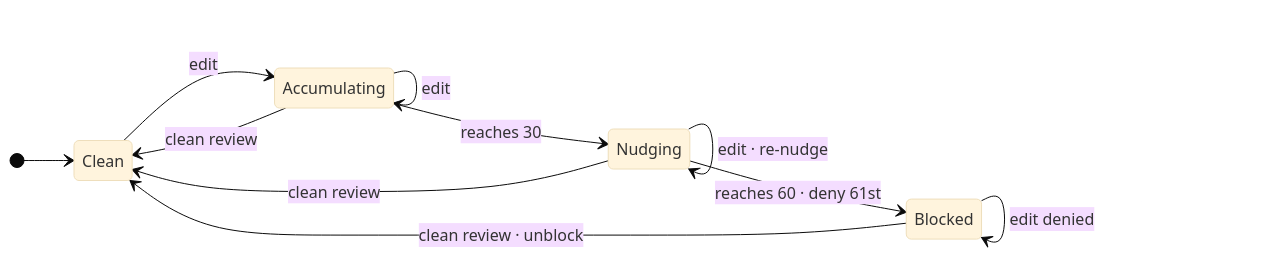
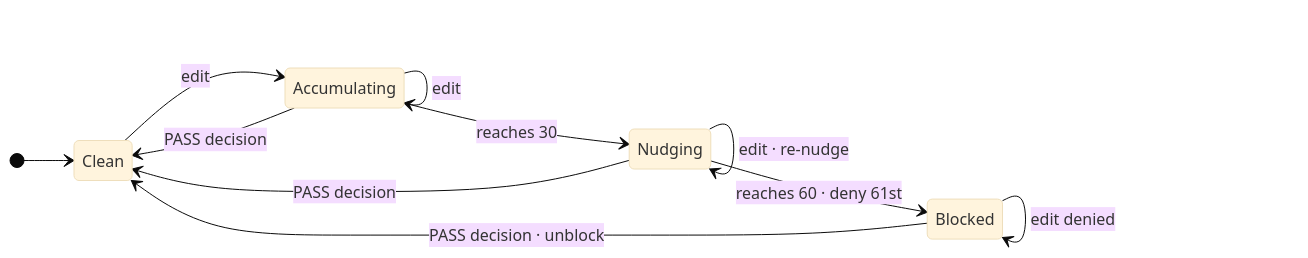
One commit to midris/disciplined-development-skills changed the first of 2 diagrams in skills/disciplined-development/hooks/README.md. Above: the diagram before and after it, drawn with Mermaid (base theme). The commit also changed other lines of this file and 69 other files, not shown here.

````diff
--- a/skills/disciplined-development/hooks/README.md
+++ b/skills/disciplined-development/hooks/README.md
@@ -129,14 +162,14 @@
 ```mermaid
 stateDiagram-v2
     direction LR
     [*] --> Clean
     Clean --> Accumulating: edit
     Accumulating --> Accumulating: edit
     Accumulating --> Nudging: reaches 30
     Nudging --> Nudging: edit · re-nudge
     Nudging --> Blocked: reaches 60 · deny 61st
     Blocked --> Blocked: edit denied
-    Accumulating --> Clean: clean review
-    Nudging --> Clean: clean review
-    Blocked --> Clean: clean review · unblock
+    Accumulating --> Clean: PASS decision
+    Nudging --> Clean: PASS decision
+    Blocked --> Clean: PASS decision · unblock
 ```
````
